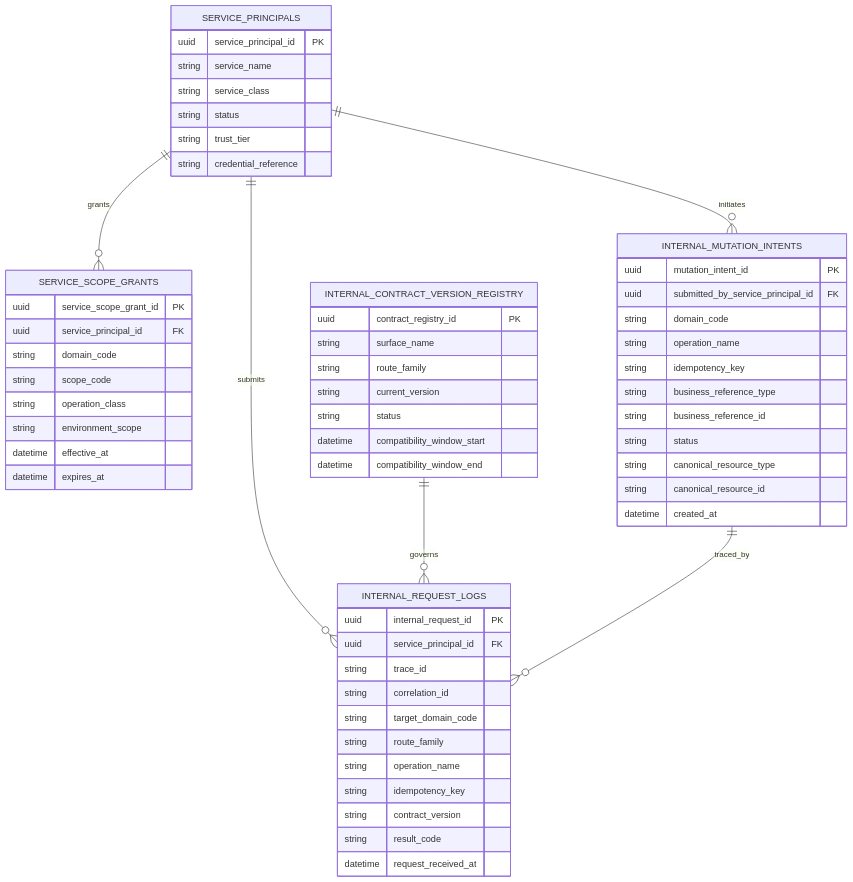
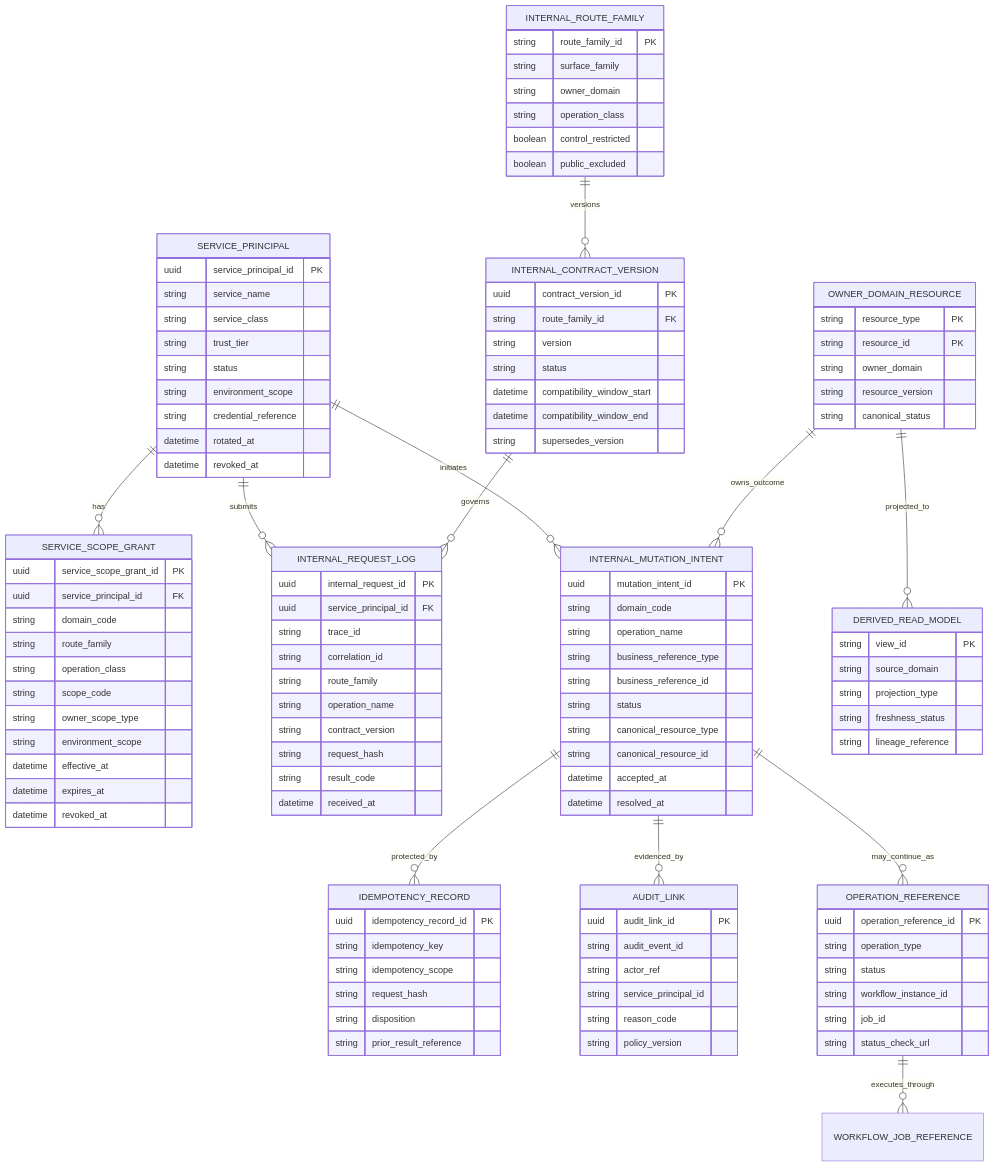
One commit to fuze-ac/api-specs changed the second of 3 diagrams in INTERNAL_SERVICE_API_SPEC.md. Above: the diagram before and after it, drawn with Mermaid. The commit also changed other lines of this file and 50 other files, not shown here.

````diff
--- a/INTERNAL_SERVICE_API_SPEC.md
+++ b/INTERNAL_SERVICE_API_SPEC.md
@@ -888,66 +791,128 @@
 ```mermaid
 erDiagram
-    SERVICE_PRINCIPALS ||--o{ SERVICE_SCOPE_GRANTS : grants
-    SERVICE_PRINCIPALS ||--o{ INTERNAL_REQUEST_LOGS : submits
-    SERVICE_PRINCIPALS ||--o{ INTERNAL_MUTATION_INTENTS : initiates
-    INTERNAL_CONTRACT_VERSION_REGISTRY ||--o{ INTERNAL_REQUEST_LOGS : governs
-    INTERNAL_MUTATION_INTENTS ||--o{ INTERNAL_REQUEST_LOGS : traced_by
+    SERVICE_PRINCIPAL ||--o{ SERVICE_SCOPE_GRANT : has
+    SERVICE_PRINCIPAL ||--o{ INTERNAL_REQUEST_LOG : submits
+    SERVICE_PRINCIPAL ||--o{ INTERNAL_MUTATION_INTENT : initiates
+    INTERNAL_ROUTE_FAMILY ||--o{ INTERNAL_CONTRACT_VERSION : versions
+    INTERNAL_CONTRACT_VERSION ||--o{ INTERNAL_REQUEST_LOG : governs
+    INTERNAL_MUTATION_INTENT ||--o{ IDEMPOTENCY_RECORD : protected_by
+    INTERNAL_MUTATION_INTENT ||--o{ AUDIT_LINK : evidenced_by
+    INTERNAL_MUTATION_INTENT ||--o{ OPERATION_REFERENCE : may_continue_as
+    OPERATION_REFERENCE ||--o{ WORKFLOW_JOB_REFERENCE : executes_through
+    OWNER_DOMAIN_RESOURCE ||--o{ INTERNAL_MUTATION_INTENT : owns_outcome
+    OWNER_DOMAIN_RESOURCE ||--o{ DERIVED_READ_MODEL : projected_to
 
-    SERVICE_PRINCIPALS {
-        uuid service_principal_id PK
-        string service_name
-        string service_class
-        string status
-        string trust_tier
-        string credential_reference
+    SERVICE_PRINCIPAL {
+      uuid service_principal_id PK
+      string service_name
+      string service_class
+      string trust_tier
+      string status
+      string environment_scope
+      string credential_reference
+      datetime rotated_at
+      datetime revoked_at
     }
 
-    SERVICE_SCOPE_GRANTS {
-        uuid service_scope_grant_id PK
-        uuid service_principal_id FK
-        string domain_code
-        string scope_code
-        string operation_class
-        string environment_scope
-        datetime effective_at
-        datetime expires_at
+    SERVICE_SCOPE_GRANT {
+      uuid service_scope_grant_id PK
+      uuid service_principal_id FK
+      string domain_code
+      string route_family
+      string operation_class
+      string scope_code
+      string owner_scope_type
+      string environment_scope
+      datetime effective_at
+      datetime expires_at
+      datetime revoked_at
     }
 
-    INTERNAL_REQUEST_LOGS {
-        uuid internal_request_id PK
-        uuid service_principal_id FK
-        string trace_id
-        string correlation_id
-        string target_domain_code
-        string route_family
-        string operation_name
-        string idempotency_key
-        string contract_version
-        string result_code
-        datetime request_received_at
+    INTERNAL_ROUTE_FAMILY {
+      string route_family_id PK
+      string surface_family
+      string owner_domain
+      string operation_class
+      boolean control_restricted
+      boolean public_excluded
     }
 
-    INTERNAL_MUTATION_INTENTS {
-        uuid mutation_intent_id PK
-        uuid submitted_by_service_principal_id FK
-        string domain_code
-        string operation_name
-        string idempotency_key
-        string business_reference_type
-        string business_reference_id
-        string status
-        string canonical_resource_type
-        string canonical_resource_id
-        datetime created_at
+    INTERNAL_CONTRACT_VERSION {
+      uuid contract_version_id PK
+      string route_family_id FK
+      string version
+      string status
+      datetime compatibility_window_start
+      datetime compatibility_window_end
+      string supersedes_version
     }
 
-    INTERNAL_CONTRACT_VERSION_REGISTRY {
-        uuid contract_registry_id PK
-        string surface_name
-        string route_family
-        string current_version
-        string status
-        datetime compatibility_window_start
-        datetime compatibility_window_end
+    INTERNAL_REQUEST_LOG {
+      uuid internal_request_id PK
+      uuid service_principal_id FK
+      string trace_id
+      string correlation_id
+      string route_family
+      string operation_name
+      string contract_version
+      string request_hash
+      string result_code
+      datetime received_at
+    }
+
+    INTERNAL_MUTATION_INTENT {
+      uuid mutation_intent_id PK
+      string domain_code
+      string operation_name
+      string business_reference_type
+      string business_reference_id
+      string status
+      string canonical_resource_type
+      string canonical_resource_id
+      datetime accepted_at
+      datetime resolved_at
+    }
+
+    IDEMPOTENCY_RECORD {
+      uuid idempotency_record_id PK
+      string idempotency_key
+      string idempotency_scope
+      string request_hash
+      string disposition
+      string prior_result_reference
+    }
+
+    OPERATION_REFERENCE {
+      uuid operation_reference_id PK
+      string operation_type
+      string status
+      string workflow_instance_id
+      string job_id
+      string status_check_url
+    }
+
+    OWNER_DOMAIN_RESOURCE {
+      string resource_type PK
+      string resource_id PK
+      string owner_domain
+      string resource_version
+      string canonical_status
+    }
+
+    DERIVED_READ_MODEL {
+      string view_id PK
+      string source_domain
+      string projection_type
+      string freshness_status
+      string lineage_reference
+    }
+
+    AUDIT_LINK {
+      uuid audit_link_id PK
+      string audit_event_id
+      string actor_ref
+      string service_principal_id
+      string reason_code
+      string policy_version
     }
 ```
````
